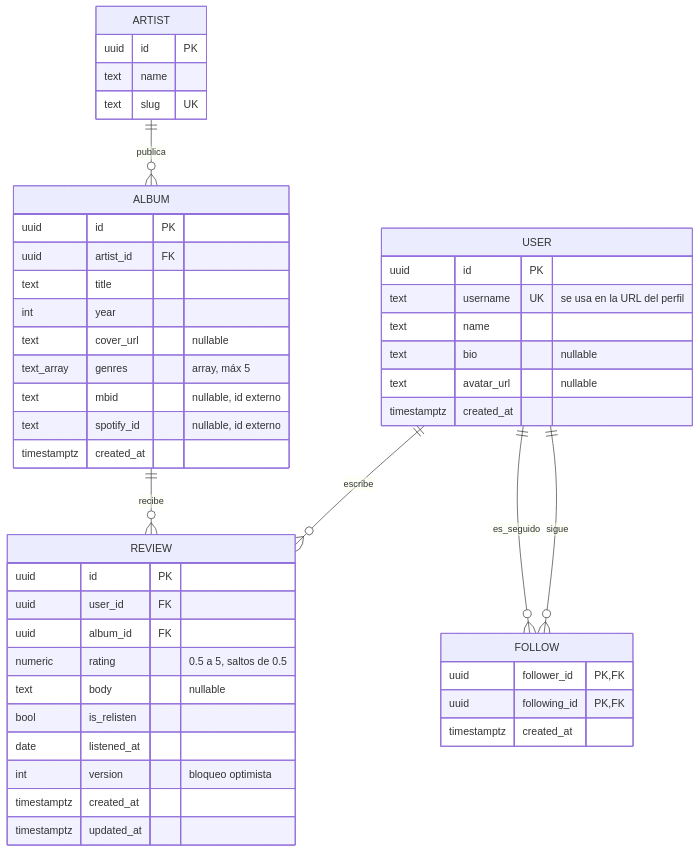
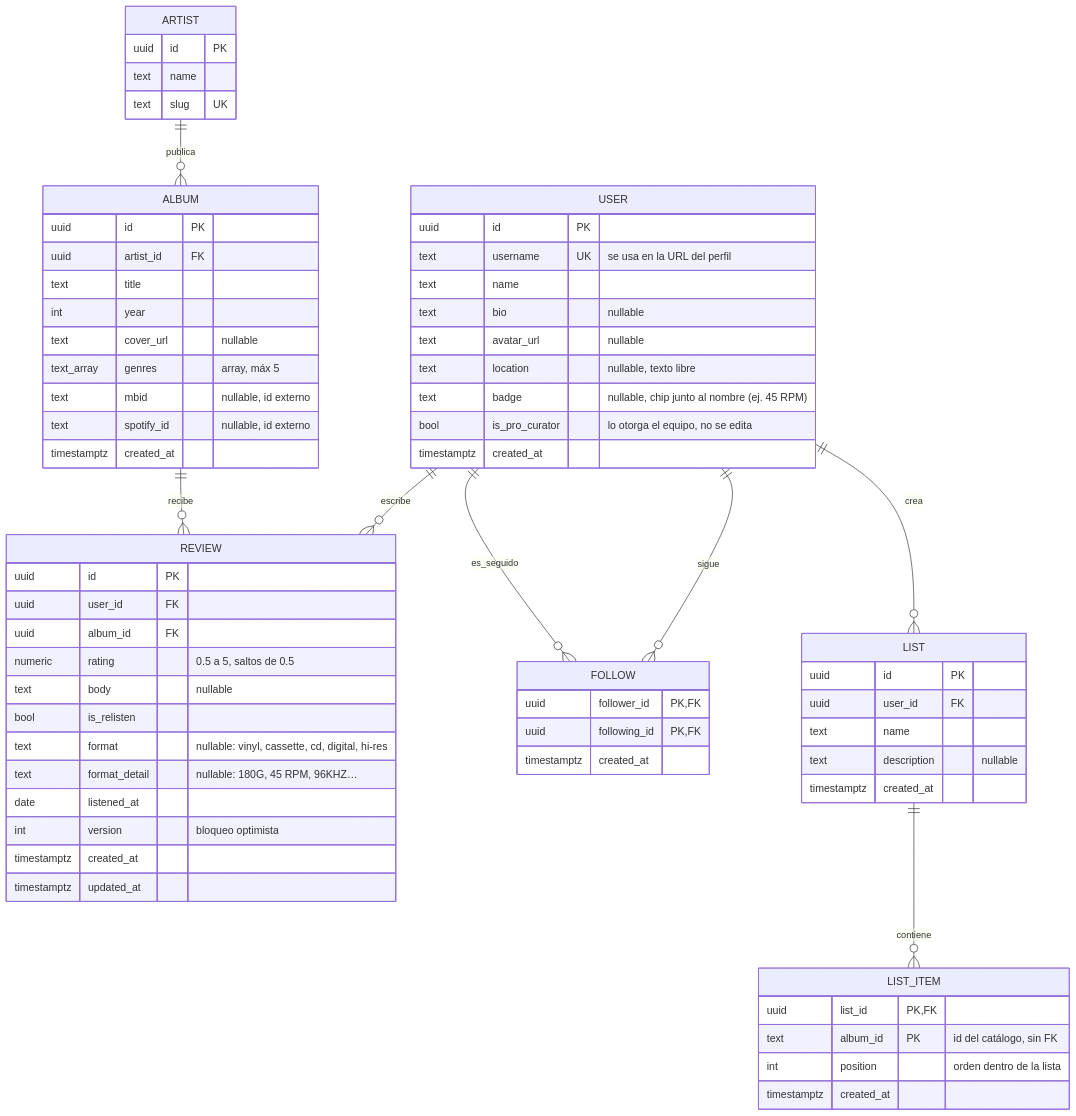
Before and after one commit to ArgosTeamDev/Sonora: the diagram in docs/er.md, drawn with Mermaid. The commit also changed other lines of this file and 40 other files, not shown here.

````diff
--- a/docs/er.md
+++ b/docs/er.md
@@ -3,50 +3,70 @@
 ```mermaid
 erDiagram
     USER   ||--o{ REVIEW  : escribe
     ALBUM  ||--o{ REVIEW  : recibe
     ARTIST ||--o{ ALBUM   : publica
     USER   ||--o{ FOLLOW  : sigue
     USER   ||--o{ FOLLOW  : es_seguido
+    USER   ||--o{ LIST    : crea
+    LIST   ||--o{ LIST_ITEM : contiene
 
     USER {
         uuid        id         PK
         text        username   UK "se usa en la URL del perfil"
         text        name
         text        bio        "nullable"
         text        avatar_url "nullable"
+        text        location   "nullable, texto libre"
+        text        badge      "nullable, chip junto al nombre (ej. 45 RPM)"
+        bool        is_pro_curator "lo otorga el equipo, no se edita"
+        timestamptz created_at
+    }
+    LIST {
+        uuid        id          PK
+        uuid        user_id     FK
+        text        name
+        text        description "nullable"
+        timestamptz created_at
+    }
+    LIST_ITEM {
+        uuid        list_id    PK, FK
+        text        album_id   PK "id del catálogo, sin FK"
+        int         position   "orden dentro de la lista"
         timestamptz created_at
     }
     ARTIST {
         uuid id   PK
         text name
         text slug UK
     }
     ALBUM {
         uuid        id         PK
         uuid        artist_id  FK
         text        title
         int         year
         text        cover_url  "nullable"
         text_array  genres     "array, máx 5"
         text        mbid       "nullable, id externo"
         text        spotify_id "nullable, id externo"
         timestamptz created_at
     }
     REVIEW {
         uuid        id          PK
         uuid        user_id     FK
         uuid        album_id    FK
         numeric     rating      "0.5 a 5, saltos de 0.5"
         text        body        "nullable"
         bool        is_relisten
+        text        format        "nullable: vinyl, cassette, cd, digital, hi-res"
+        text        format_detail "nullable: 180G, 45 RPM, 96KHZ…"
         date        listened_at
         int         version     "bloqueo optimista"
         timestamptz created_at
         timestamptz updated_at
     }
     FOLLOW {
         uuid        follower_id  PK, FK
         uuid        following_id PK, FK
         timestamptz created_at
     }
 ```
````
